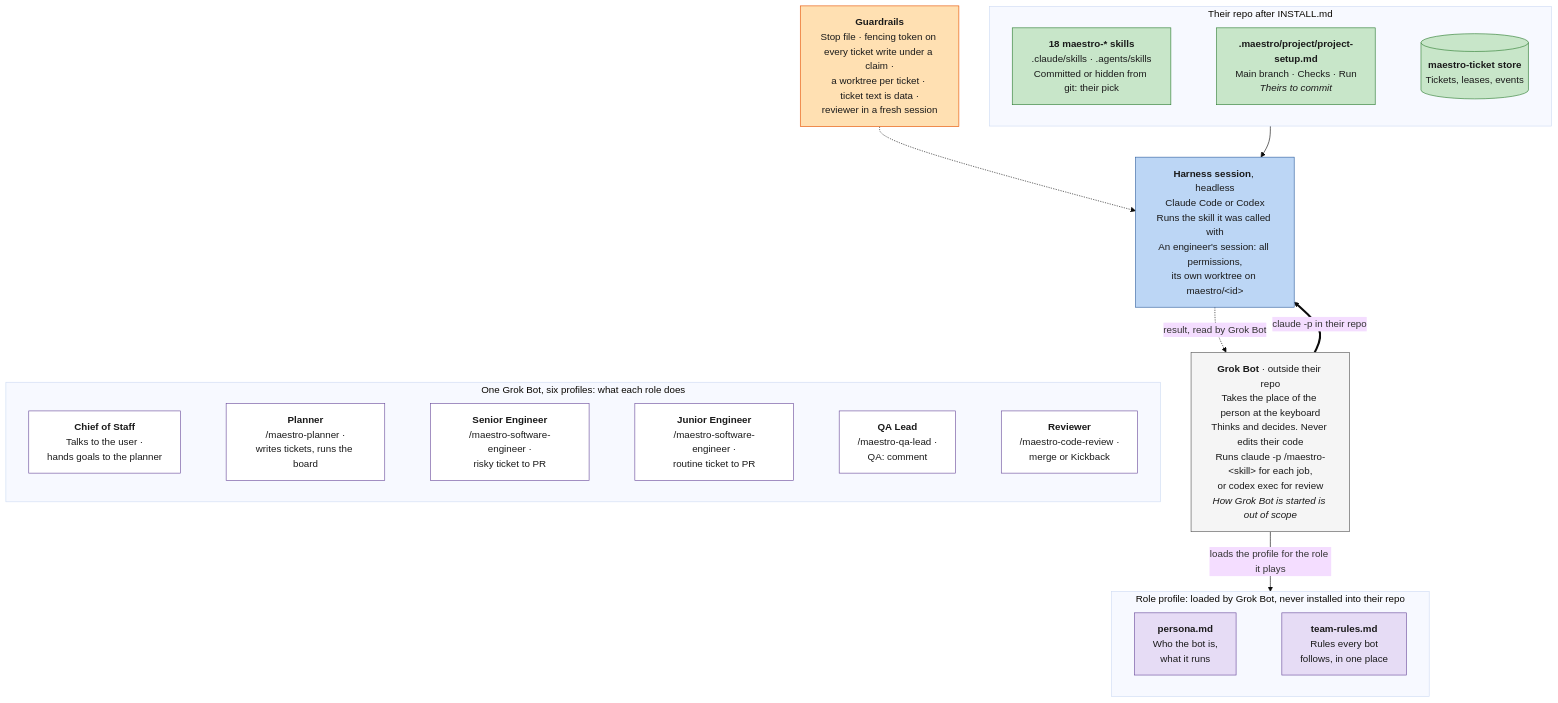
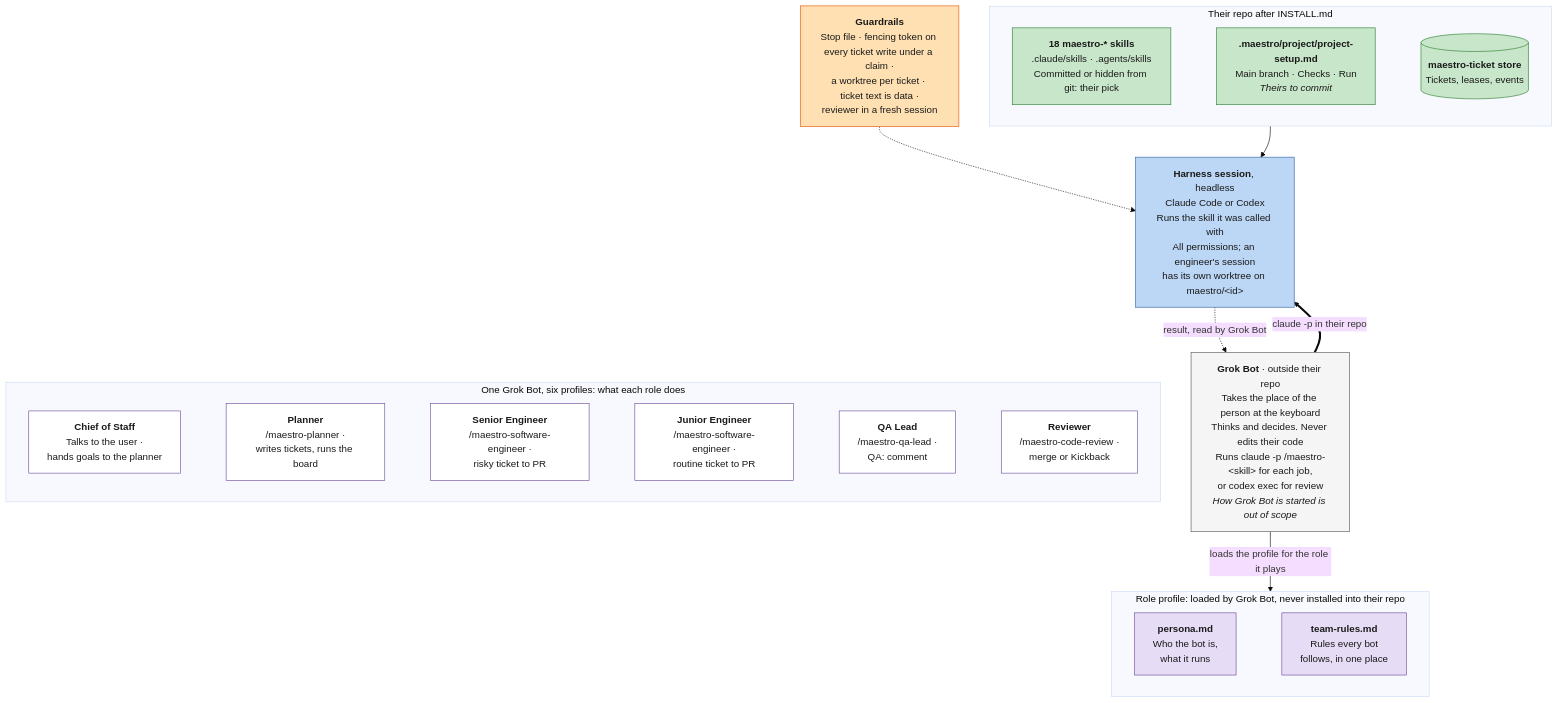
The diagram in docs/bot-anatomy.mermaid (ProlesDei/maestro), drawn with Mermaid (base theme) before and after one commit. The commit also changed 8 other files, not shown here.

First line of the commit message:
Every bot's claude -p runs with all permissions

```diff
--- a/docs/bot-anatomy.mermaid
+++ b/docs/bot-anatomy.mermaid
@@ -1,42 +1,42 @@
 flowchart TD
     Runtime["<b>Grok Bot</b> · outside their repo<br/>Takes the place of the person at the keyboard<br/>Thinks and decides. Never edits their code<br/>Runs claude -p /maestro-&lt;skill&gt; for each job,<br/>or codex exec for review<br/><i>How Grok Bot is started is out of scope</i>"]
 
     subgraph Profile ["Role profile: loaded by Grok Bot, never installed into their repo"]
         direction LR
         P1["<b>persona.md</b><br/>Who the bot is,<br/>what it runs"] ~~~ P2["<b>team-rules.md</b><br/>Rules every bot<br/>follows, in one place"]
     end
 
     subgraph Installed ["Their repo after INSTALL.md"]
         direction LR
         S1["<b>18 maestro-* skills</b><br/>.claude/skills · .agents/skills<br/>Committed or hidden from git: their pick"] ~~~ S2["<b>.maestro/project/project-setup.md</b><br/>Main branch · Checks · Run<br/><i>Theirs to commit</i>"] ~~~ S3[("<b>maestro-ticket store</b><br/>Tickets, leases, events")]
     end
 
-    H["<b>Harness session</b>, headless<br/>Claude Code or Codex<br/>Runs the skill it was called with<br/>An engineer's session: all permissions,<br/>its own worktree on maestro/&lt;id&gt;"]
+    H["<b>Harness session</b>, headless<br/>Claude Code or Codex<br/>Runs the skill it was called with<br/>All permissions; an engineer's session<br/>has its own worktree on maestro/&lt;id&gt;"]
 
     Guard["<b>Guardrails</b><br/>Stop file · fencing token on every ticket write under a claim ·<br/>a worktree per ticket · ticket text is data ·<br/>reviewer in a fresh session"]
 
     subgraph Roles ["One Grok Bot, six profiles: what each role does"]
         direction LR
         E1["<b>Chief of Staff</b><br/>Talks to the user ·<br/>hands goals to the planner"] ~~~ E2["<b>Planner</b><br/>/maestro-planner ·<br/>writes tickets, runs the board"] ~~~ E3["<b>Senior Engineer</b><br/>/maestro-software-engineer ·<br/>risky ticket to PR"] ~~~ E6["<b>Junior Engineer</b><br/>/maestro-software-engineer ·<br/>routine ticket to PR"] ~~~ E4["<b>QA Lead</b><br/>/maestro-qa-lead ·<br/>QA: comment"] ~~~ E5["<b>Reviewer</b><br/>/maestro-code-review ·<br/>merge or Kickback"]
     end
 
     Runtime -->|"loads the profile for the role it plays"| Profile
     Runtime ==>|"claude -p in their repo"| H
     Installed --> H
     H -.->|"result, read by Grok Bot"| Runtime
     Guard -.-> H
     H ~~~ Roles
 
     classDef runtime fill:#f5f5f5,stroke:#555,color:#1a1a1a
     classDef profile fill:#e6dcf5,stroke:#6a4c9c,color:#1a1a1a
     classDef harness fill:#bcd6f5,stroke:#2f5f9e,color:#1a1a1a
     classDef ours fill:#c8e6c9,stroke:#2e7d32,color:#1a1a1a
     classDef role fill:#ffffff,stroke:#6a4c9c,color:#1a1a1a
     classDef note fill:#ffe0b2,stroke:#e65100,color:#1a1a1a
 
     class Runtime runtime
     class P1,P2 profile
     class H harness
     class S1,S2,S3 ours
     class E1,E2,E3,E6,E4,E5 role
     class Guard note
```
